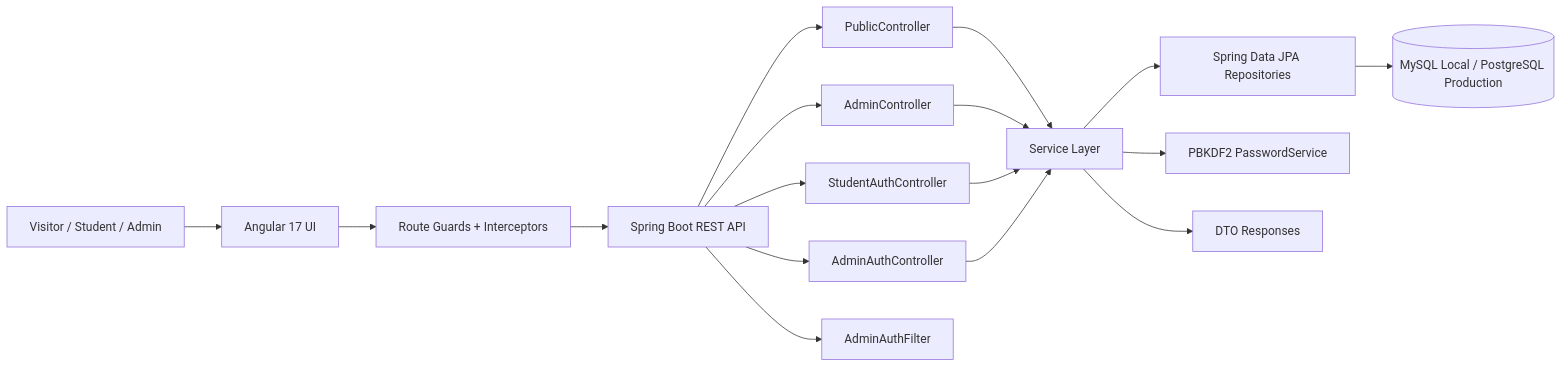
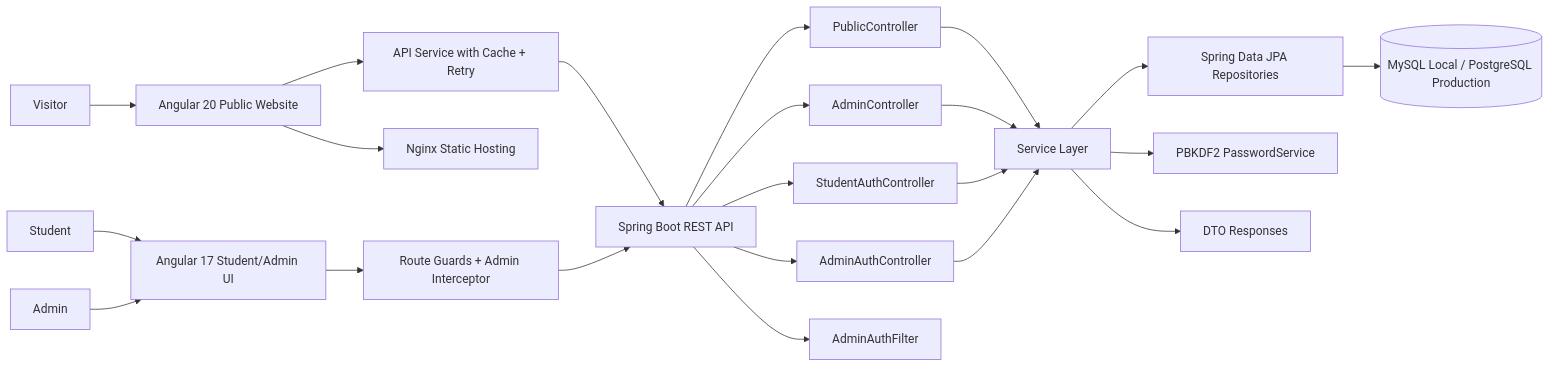
One commit to virendrasonar/Institute-Management-System changed the first of 2 diagrams in README.md. Above: the diagram before and after it, drawn with Mermaid. The commit also changed other lines of this file, not shown here.

````diff
--- a/README.md
+++ b/README.md
@@ -68,23 +72,30 @@
 ```mermaid
 flowchart LR
-    User["Visitor / Student / Admin"] --> Angular["Angular 17 UI"]
-    Angular --> Guards["Route Guards + Interceptors"]
-    Guards --> API["Spring Boot REST API"]
+    Visitor["Visitor"] --> PublicSite["Angular 20 Public Website"]
+    Student["Student"] --> AdminUI["Angular 17 Student/Admin UI"]
+    Admin["Admin"] --> AdminUI
+
+    PublicSite --> PublicApiClient["API Service with Cache + Retry"]
+    AdminUI --> Guards["Route Guards + Admin Interceptor"]
+
+    PublicApiClient --> API["Spring Boot REST API"]
+    Guards --> API
 
     API --> PublicController["PublicController"]
     API --> AdminController["AdminController"]
     API --> StudentAuthController["StudentAuthController"]
     API --> AdminAuthController["AdminAuthController"]
 
     PublicController --> Services["Service Layer"]
     AdminController --> Services
     StudentAuthController --> Services
     AdminAuthController --> Services
 
     Services --> Repositories["Spring Data JPA Repositories"]
     Repositories --> DB[("MySQL Local / PostgreSQL Production")]
 
     API --> Filter["AdminAuthFilter"]
     Services --> Passwords["PBKDF2 PasswordService"]
     Services --> DTOs["DTO Responses"]
+    PublicSite --> Nginx["Nginx Static Hosting"]
 ```
````
